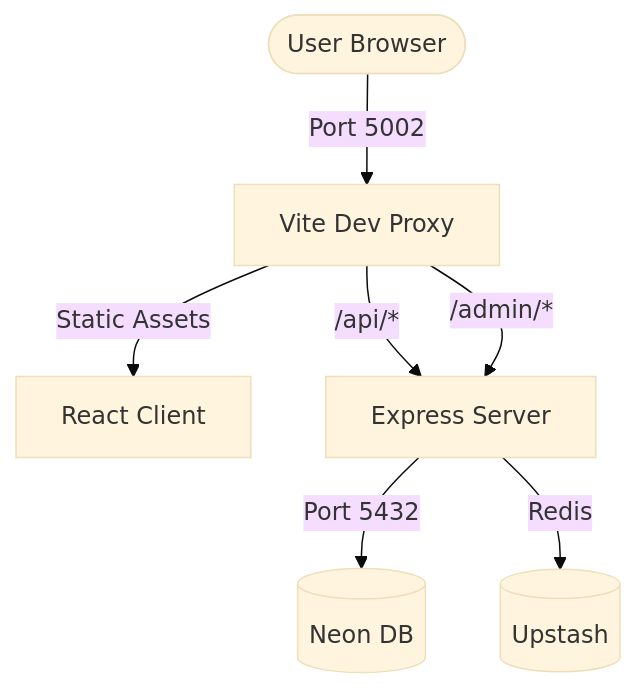
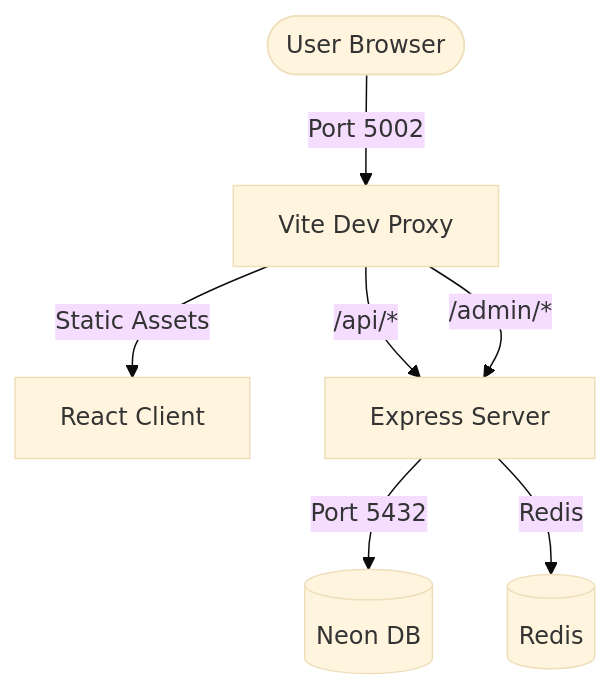
Before and after one commit to hateem2121/RUN: the diagram in docs/core/tech-stack.md, drawn with Mermaid (base theme). The commit also changed other lines of this file and 66 other files, not shown here.

````diff
--- a/docs/core/tech-stack.md
+++ b/docs/core/tech-stack.md
@@ -128,9 +128,9 @@
 ```mermaid
 graph TD
     User([User Browser]) -->|Port 5002| Proxy[Vite Dev Proxy]
     Proxy -->|Static Assets| Client[React Client]
     Proxy -->|/api/*| Server[Express Server]
     Proxy -->|/admin/*| Server
     Server -->|Port 5432| DB[(Neon DB)]
-    Server -->|Redis| Cache[(Upstash)]
+    Server -->|Redis| Cache[(Redis)]
 ```
````
